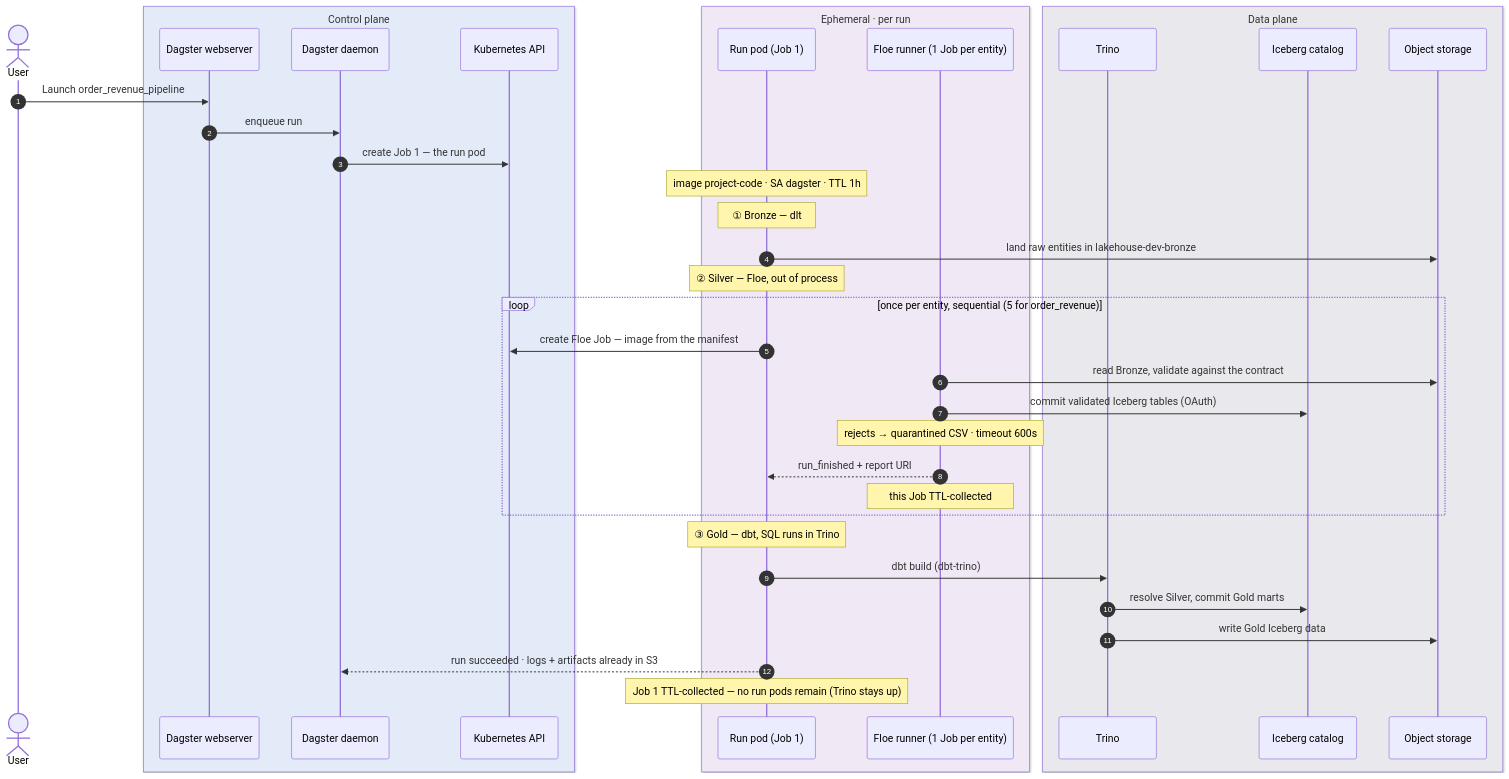
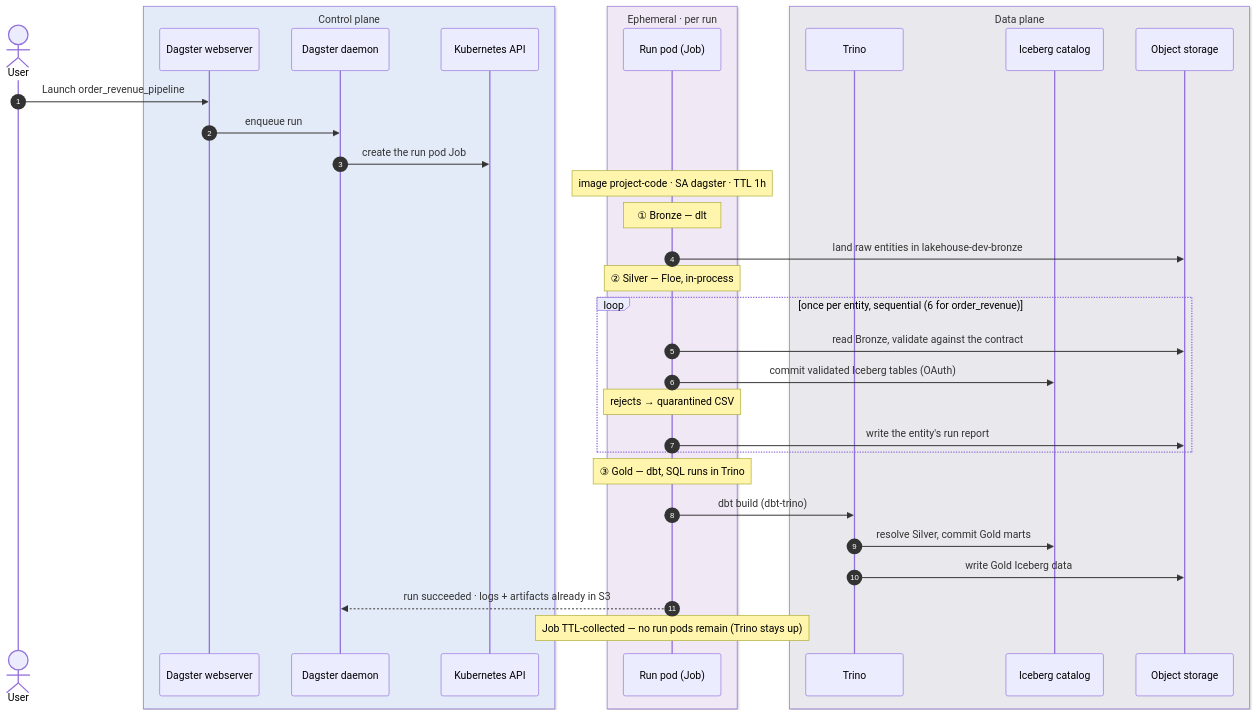
One commit to OpenLakeForge/openlakeforge changed the first of 2 diagrams in docs/architecture/diagrams/chart3-ephemeral-job-lifecycle.md. Above: the diagram before and after it, drawn with Mermaid. The commit also changed other lines of this file and 18 other files, not shown here.

First line of the commit message:
docs: describe Floe 0.8 running in-process in the project-code image

````diff
--- a/docs/architecture/diagrams/chart3-ephemeral-job-lifecycle.md
+++ b/docs/architecture/diagrams/chart3-ephemeral-job-lifecycle.md
@@ -21,45 +20,42 @@
 ```mermaid
 sequenceDiagram
     autonumber
     actor User
     box rgb(228,235,248) Control plane
         participant UI as Dagster webserver
         participant Daemon as Dagster daemon
         participant API as Kubernetes API
     end
     box rgb(240,232,245) Ephemeral · per run
-        participant Run as Run pod (Job 1)
-        participant Floe as Floe runner (1 Job per entity)
+        participant Run as Run pod (Job)
     end
     box rgb(233,233,237) Data plane
         participant Trino
         participant Polaris as Iceberg catalog
         participant S3 as Object storage
     end
 
     User->>UI: Launch order_revenue_pipeline
     UI->>Daemon: enqueue run
-    Daemon->>API: create Job 1 — the run pod
+    Daemon->>API: create the run pod Job
     Note over Run: image project-code · SA dagster · TTL 1h
 
     Note over Run: ① Bronze — dlt
     Run->>S3: land raw entities in lakehouse-dev-bronze
 
-    Note over Run: ② Silver — Floe, out of process
-    loop once per entity, sequential (5 for order_revenue)
-        Run->>API: create Floe Job — image from the manifest
-        Floe->>S3: read Bronze, validate against the contract
-        Floe->>Polaris: commit validated Iceberg tables (OAuth)
-        Note over Floe: rejects → quarantined CSV · timeout 600s
-        Floe-->>Run: run_finished + report URI
-        Note over Floe: this Job TTL-collected
+    Note over Run: ② Silver — Floe, in-process
+    loop once per entity, sequential (6 for order_revenue)
+        Run->>S3: read Bronze, validate against the contract
+        Run->>Polaris: commit validated Iceberg tables (OAuth)
+        Note over Run: rejects → quarantined CSV
+        Run->>S3: write the entity's run report
     end
 
     Note over Run: ③ Gold — dbt, SQL runs in Trino
     Run->>Trino: dbt build (dbt-trino)
     Trino->>Polaris: resolve Silver, commit Gold marts
     Trino->>S3: write Gold Iceberg data
 
     Run-->>Daemon: run succeeded · logs + artifacts already in S3
-    Note over Run: Job 1 TTL-collected — no run pods remain (Trino stays up)
+    Note over Run: Job TTL-collected — no run pods remain (Trino stays up)
 ```
````
